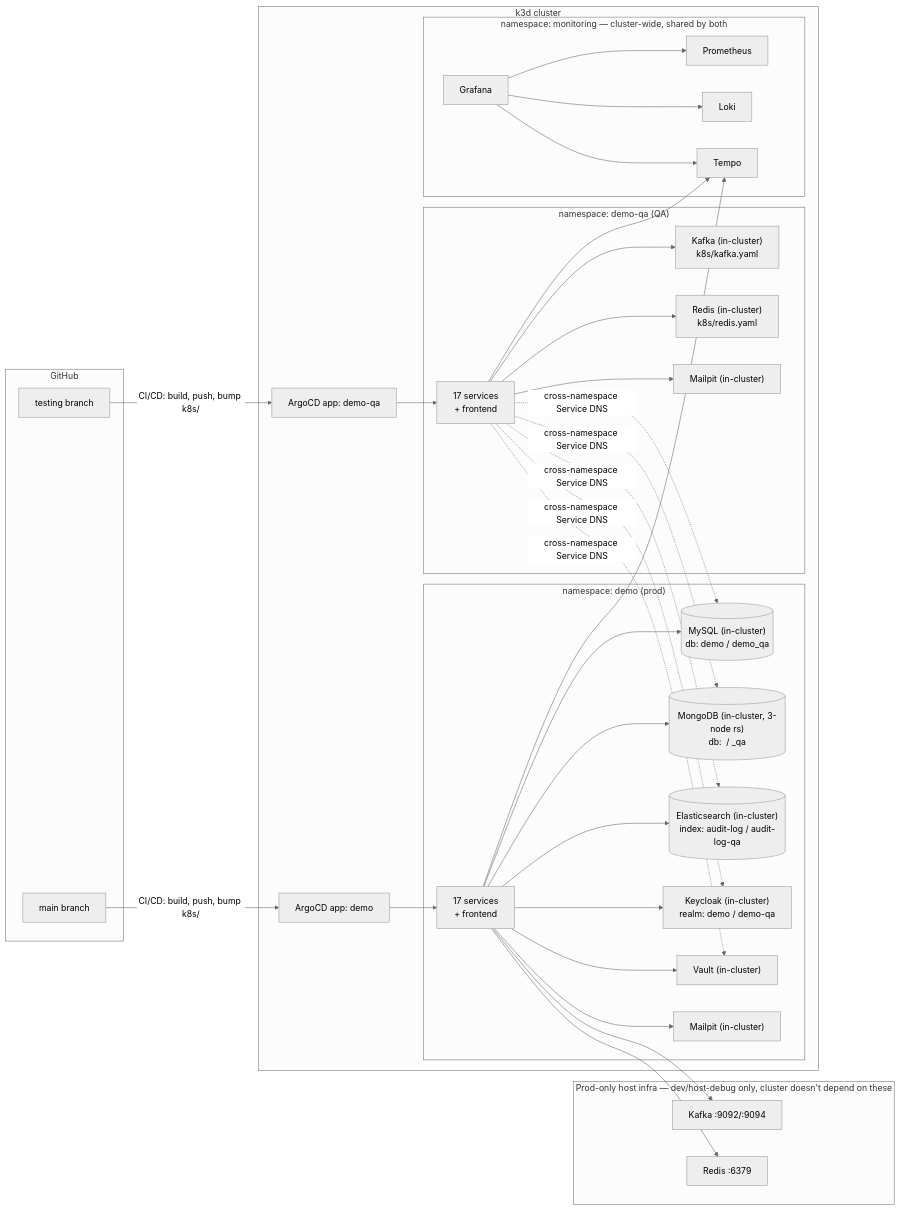
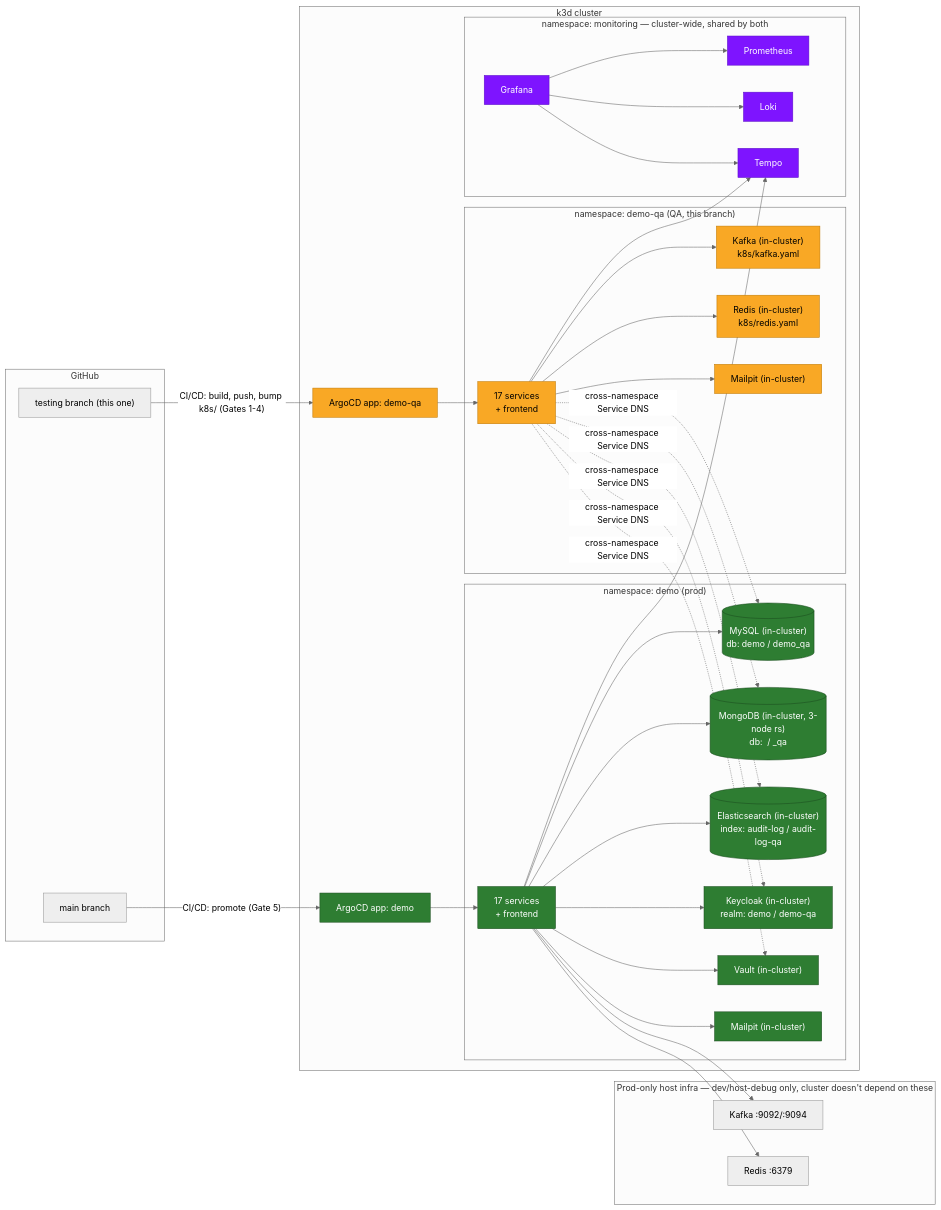
The fourth of 5 diagrams in README.md (wilbertjoosen/demo), drawn with Mermaid (neutral theme) before and after one commit. The commit also changed other lines of this file, not shown here.

First line of the commit message:
docs(readme): redesign for scannability — diagrams, stack table, gate-by-gate CI/CD

````diff
--- a/README.md
+++ b/README.md
@@ -361,49 +536,56 @@
 ```mermaid
 flowchart LR
     subgraph GIT["GitHub"]
         MAIN["main branch"]
-        TEST["testing branch"]
+        TEST["testing branch (this one)"]
     end
 
     subgraph K8S["k3d cluster"]
         subgraph DEMO["namespace: demo (prod)"]
             APPS_PROD["17 services\n+ frontend"]
             MYSQL[("MySQL (in-cluster)\ndb: demo / demo_qa")]
             MONGO[("MongoDB (in-cluster, 3-node rs)\ndb: <svc> / <svc>_qa")]
             ES[("Elasticsearch (in-cluster)\nindex: audit-log / audit-log-qa")]
             KC["Keycloak (in-cluster)\nrealm: demo / demo-qa"]
             VAULT["Vault (in-cluster)"]
             MAILPIT_PROD["Mailpit (in-cluster)"]
         end
-        subgraph DEMOQA["namespace: demo-qa (QA)"]
+        subgraph DEMOQA["namespace: demo-qa (QA, this branch)"]
             APPS_QA["17 services\n+ frontend"]
             KAFKA_QA["Kafka (in-cluster)\nk8s/kafka.yaml"]
             REDIS_QA["Redis (in-cluster)\nk8s/redis.yaml"]
             MAILPIT_QA["Mailpit (in-cluster)"]
         end
         subgraph MON["namespace: monitoring — cluster-wide, shared by both"]
             PROM_K8S["Prometheus"]
             LOKI_K8S["Loki"]
             TEMPO_K8S["Tempo"]
             GRAFANA["Grafana"]
         end
         ARGO_PROD["ArgoCD app: demo"]
         ARGO_QA["ArgoCD app: demo-qa"]
     end
 
     subgraph ISO_PROD["Prod-only host infra — dev/host-debug only, cluster doesn't depend on these"]
         KAFKA_PROD["Kafka :9092/:9094"]
         REDIS_PROD["Redis :6379"]
     end
 
-    MAIN -- "CI/CD: build, push, bump k8s/" --> ARGO_PROD
-    TEST -- "CI/CD: build, push, bump k8s/" --> ARGO_QA
+    MAIN -- "CI/CD: promote (Gate 5)" --> ARGO_PROD
+    TEST -- "CI/CD: build, push, bump k8s/ (Gates 1-4)" --> ARGO_QA
     ARGO_PROD --> APPS_PROD
     ARGO_QA --> APPS_QA
 
     APPS_PROD --> MYSQL & MONGO & ES & KC & VAULT & MAILPIT_PROD & TEMPO_K8S
     APPS_QA --> KAFKA_QA & REDIS_QA & MAILPIT_QA & TEMPO_K8S
     APPS_QA -. "cross-namespace Service DNS" .-> MYSQL & MONGO & ES & KC & VAULT
     APPS_PROD --> KAFKA_PROD & REDIS_PROD
     GRAFANA --> PROM_K8S & LOKI_K8S & TEMPO_K8S
+
+    classDef prod fill:#2e7d32,color:#fff,stroke:#1b4d1e
+    classDef qa fill:#f9a825,color:#000,stroke:#c17900
+    classDef shared fill:#7e14ff,color:#fff,stroke:#5c0fc7
+    class APPS_PROD,ARGO_PROD,MYSQL,MONGO,ES,KC,VAULT,MAILPIT_PROD prod
+    class APPS_QA,ARGO_QA,KAFKA_QA,REDIS_QA,MAILPIT_QA qa
+    class PROM_K8S,LOKI_K8S,TEMPO_K8S,GRAFANA shared
 ```
````
